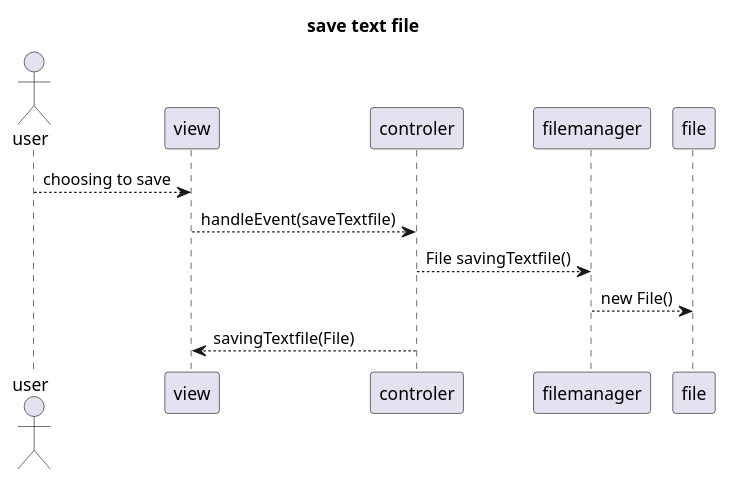
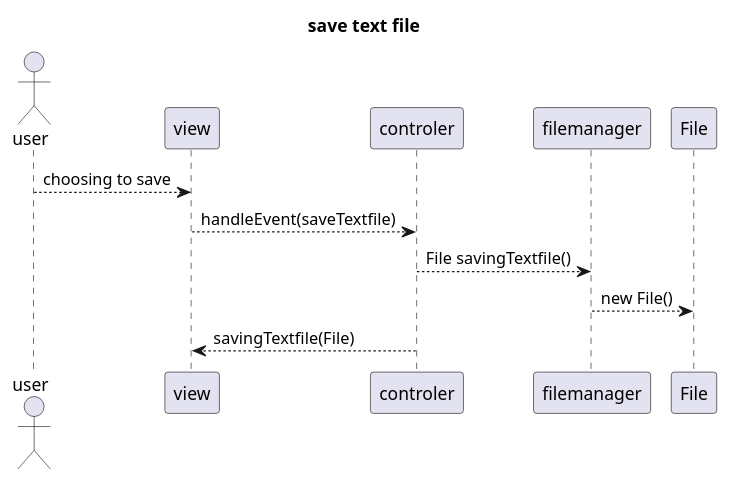
One commit to Oliverpe/ISGC08 changed the diagram in laboration1/sekvense-save-diagram-design.pu. Above: the diagram before and after it, drawn with PlantUML. The commit also changed 19 other files, not shown here.

```diff
--- a/laboration1/sekvense-save-diagram-design.pu
+++ b/laboration1/sekvense-save-diagram-design.pu
@@ -1,15 +1,15 @@
 @startuml
 title save text file
 actor "user" as u
 participant "view" as v
 participant "controler" as c
 participant "filemanager" as fm
-participant "file" as f
+participant "File" as f
 
 u-->v: choosing to save
 v-->c : handleEvent(saveTextfile)
 c-->fm: File savingTextfile()
 fm-->f: new File()
 c-->v: savingTextfile(File)
 
 @enduml
```
